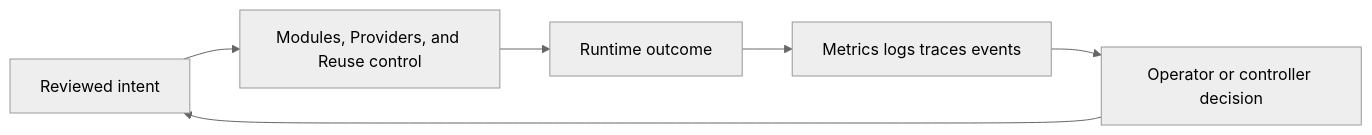
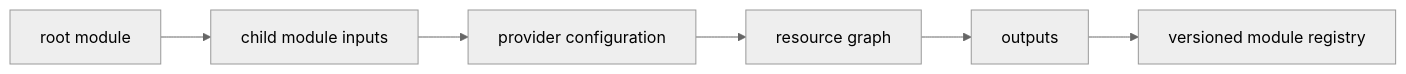
One commit to m1mohamad/devops-sre-prep changed the diagram in docs/study/iac/03-modules-providers-and-reuse.md. Above: the diagram before and after it, drawn with Mermaid (neutral theme). The commit also changed other lines of this file and 61 other files, not shown here.

Commit message:
Replace generic architecture and study templates

````diff
--- a/docs/study/iac/03-modules-providers-and-reuse.md
+++ b/docs/study/iac/03-modules-providers-and-reuse.md
@@ -20,8 +15,4 @@
 ```mermaid
 flowchart LR
-  Intent[Reviewed intent] --> Control[Modules, Providers, and Reuse control]
-  Control --> Runtime[Runtime outcome]
-  Runtime --> Signals[Metrics logs traces events]
-  Signals --> Decision[Operator or controller decision]
-  Decision --> Intent
+  N0[root module] --> N1[child module inputs] --> N2[provider configuration] --> N3[resource graph] --> N4[outputs] --> N5[versioned module registry]
 ```
````
